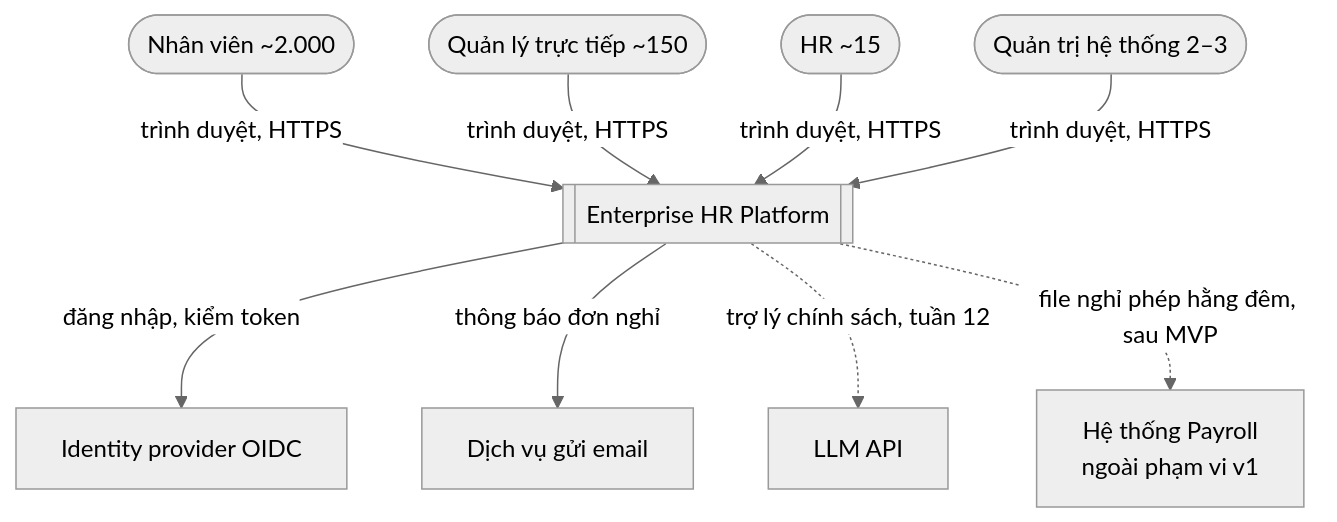
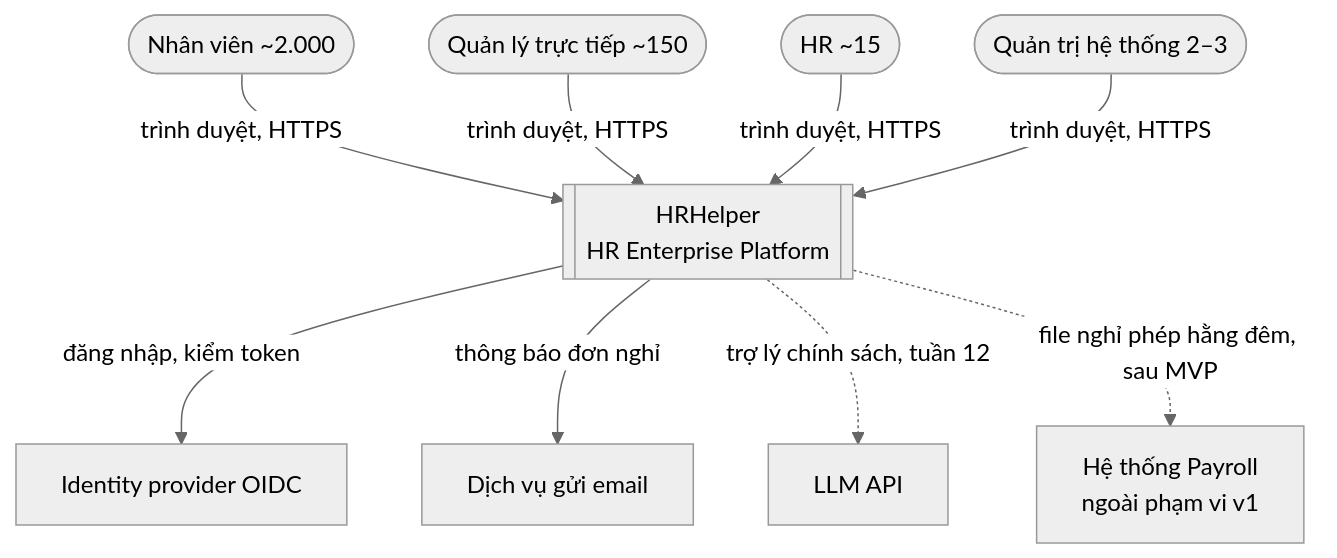
One commit to Acerchicken/HR-Enterprise-Platform changed the first of 4 diagrams in docs/architecture/system-architecture.md. Above: the diagram before and after it, drawn with Mermaid (neutral theme). The commit also changed other lines of this file and 17 other files, not shown here.

Commit message:
chore: rename project display name to HRHelper (HR Enterprise Platform)

````diff
--- a/docs/architecture/system-architecture.md
+++ b/docs/architecture/system-architecture.md
@@ -27,20 +27,20 @@
 ```mermaid
 flowchart TB
   emp([Nhân viên ~2.000])
   mgr([Quản lý trực tiếp ~150])
   hr([HR ~15])
   adm([Quản trị hệ thống 2–3])
 
-  sys[[Enterprise HR Platform]]
+  sys[[HRHelper<br/>HR Enterprise Platform]]
 
   idp[Identity provider OIDC]
   mail[Dịch vụ gửi email]
   llm[LLM API]
   payroll[Hệ thống Payroll<br/>ngoài phạm vi v1]
 
   emp & mgr & hr & adm -- trình duyệt, HTTPS --> sys
   sys -- đăng nhập, kiểm token --> idp
   sys -- thông báo đơn nghỉ --> mail
   sys -. trợ lý chính sách, tuần 12 .-> llm
   sys -. file nghỉ phép hằng đêm, sau MVP .-> payroll
 ```
````
